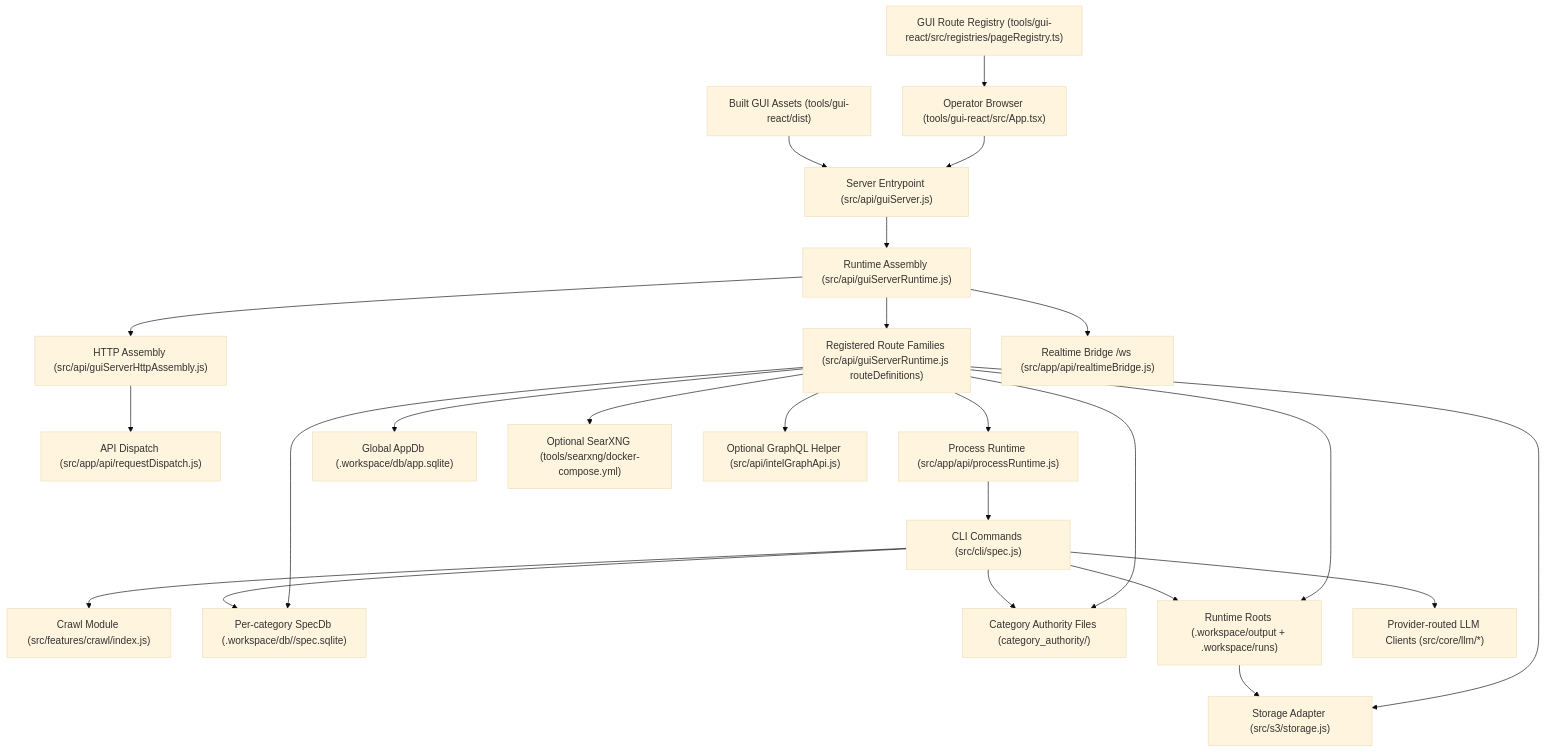
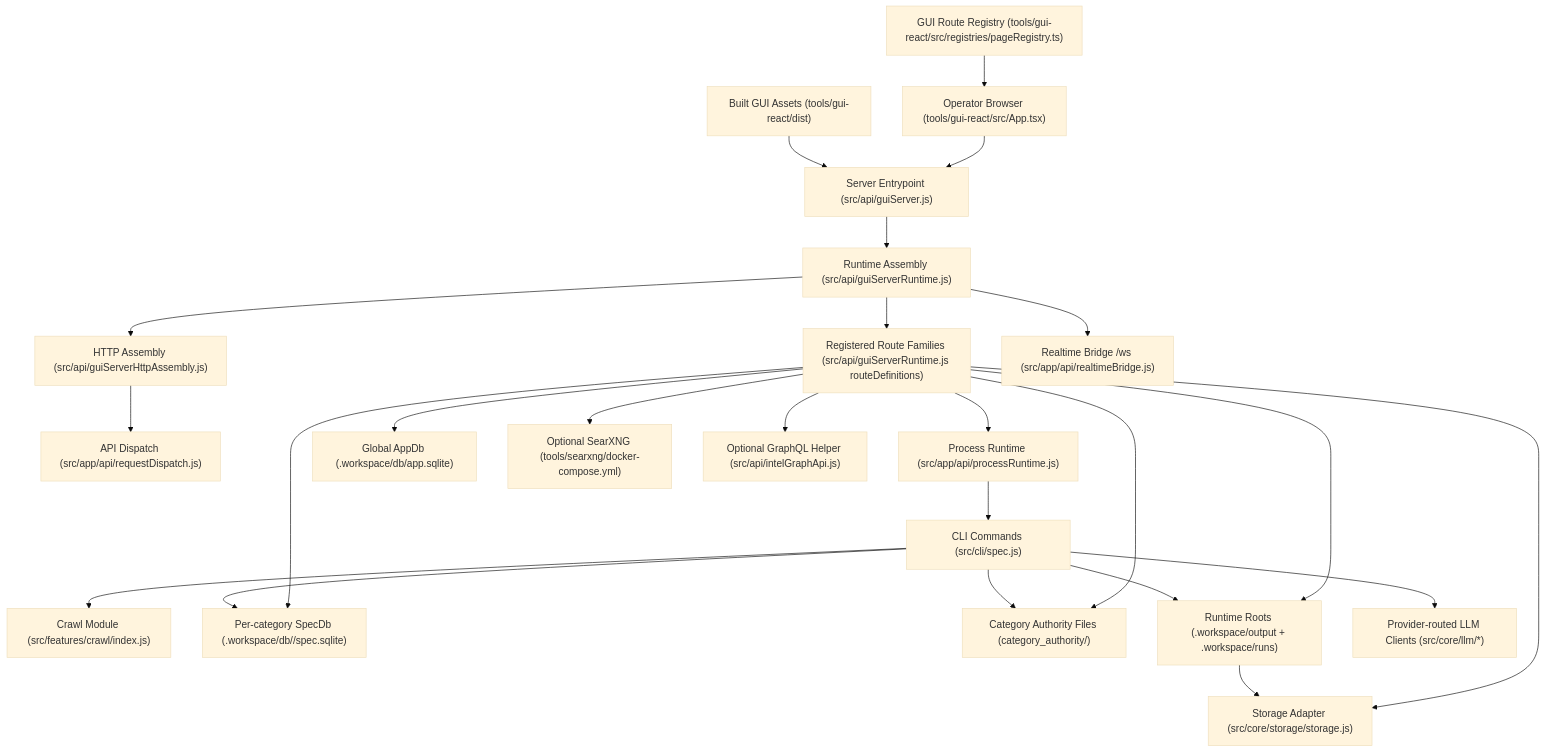
Before and after one commit to CdubVentures/Spec-Factory: the diagram in docs/03-architecture/system-map.md, drawn with Mermaid (base theme). The commit also changed other lines of this file and 120 other files, not shown here.

````diff
--- a/docs/03-architecture/system-map.md
+++ b/docs/03-architecture/system-map.md
@@ -7,47 +7,47 @@
 ```mermaid
 graph TD
   Browser["Operator Browser (tools/gui-react/src/App.tsx)"]
   Registry["GUI Route Registry (tools/gui-react/src/registries/pageRegistry.ts)"]
   GuiBuild["Built GUI Assets (tools/gui-react/dist)"]
   Entry["Server Entrypoint (src/api/guiServer.js)"]
   Runtime["Runtime Assembly (src/api/guiServerRuntime.js)"]
   Http["HTTP Assembly (src/api/guiServerHttpAssembly.js)"]
   Dispatch["API Dispatch (src/app/api/requestDispatch.js)"]
   Routes["Registered Route Families (src/api/guiServerRuntime.js routeDefinitions)"]
   Realtime["Realtime Bridge /ws (src/app/api/realtimeBridge.js)"]
   Proc["Process Runtime (src/app/api/processRuntime.js)"]
   Cli["CLI Commands (src/cli/spec.js)"]
   Crawl["Crawl Module (src/features/crawl/index.js)"]
   AppDb["Global AppDb (.workspace/db/app.sqlite)"]
   SpecDb["Per-category SpecDb (.workspace/db/<category>/spec.sqlite)"]
   Authority["Category Authority Files (category_authority/)"]
   Workspace["Runtime Roots (.workspace/output + .workspace/runs)"]
-  Storage["Storage Adapter (src/s3/storage.js)"]
+  Storage["Storage Adapter (src/core/storage/storage.js)"]
   Searxng["Optional SearXNG (tools/searxng/docker-compose.yml)"]
   Graphql["Optional GraphQL Helper (src/api/intelGraphApi.js)"]
   Llm["Provider-routed LLM Clients (src/core/llm/*)"]
 
   Browser --> Entry
   Registry --> Browser
   GuiBuild --> Entry
   Entry --> Runtime
   Runtime --> Http
   Http --> Dispatch
   Runtime --> Routes
   Runtime --> Realtime
   Routes --> AppDb
   Routes --> SpecDb
   Routes --> Authority
   Routes --> Workspace
   Routes --> Proc
   Routes --> Storage
   Routes --> Searxng
   Routes --> Graphql
   Proc --> Cli
   Cli --> Crawl
   Cli --> SpecDb
   Cli --> Authority
   Cli --> Workspace
   Cli --> Llm
   Workspace --> Storage
 ```
````
